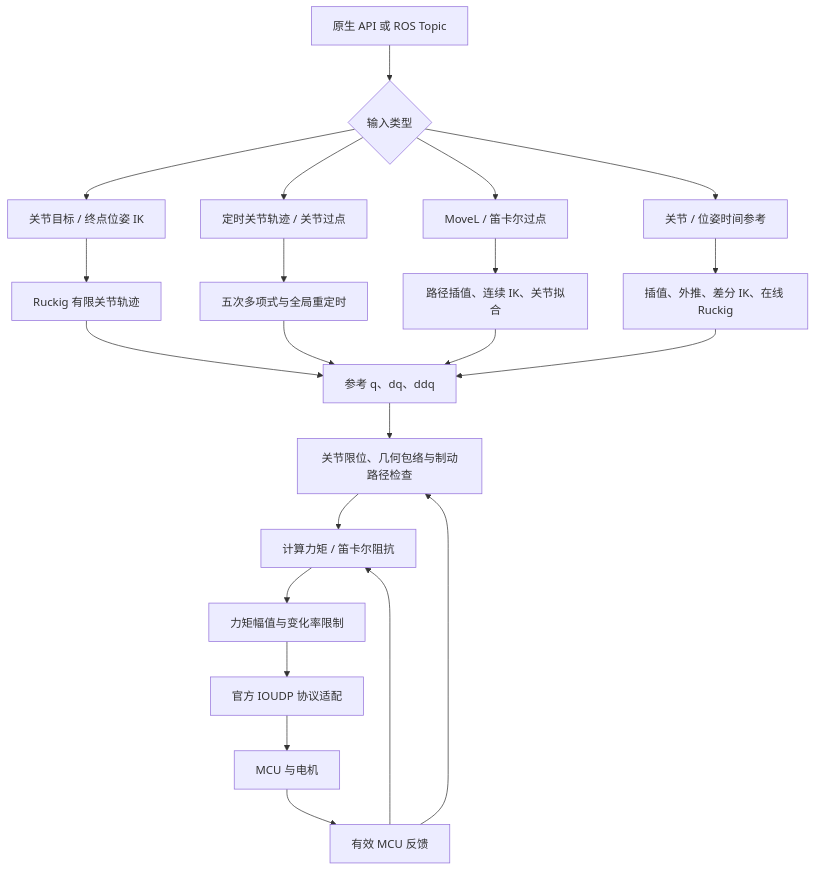
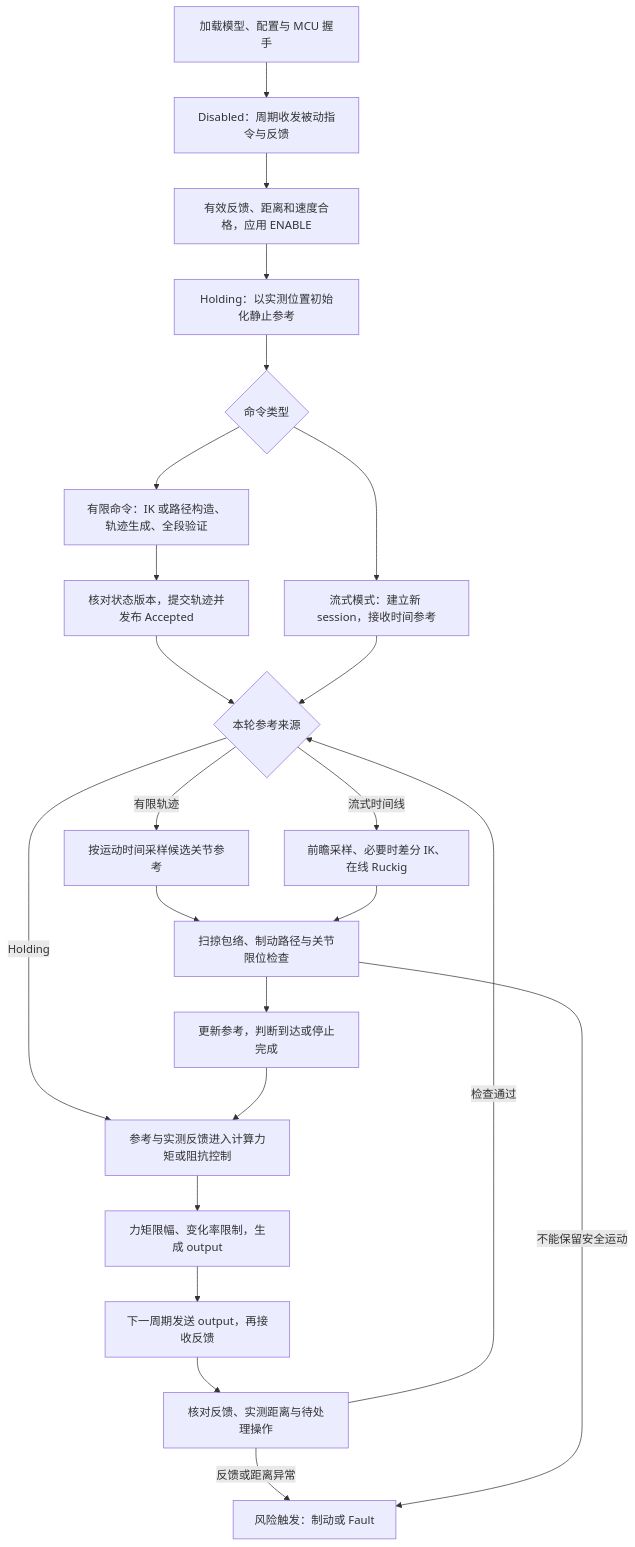
Before and after one commit to windiff886/Z1-Dingo-Robot: the first of 2 diagrams in src/z1_ros/SDK_ALGORITHMS.md, drawn with Mermaid. The commit also changed other lines of this file and 22 other files, not shown here.

````diff
--- a/src/z1_ros/SDK_ALGORITHMS.md
+++ b/src/z1_ros/SDK_ALGORITHMS.md
@@ -34,24 +32,25 @@
 ```mermaid
 flowchart TD
-    A[原生 API 或 ROS Topic] --> B{输入类型}
-    B --> C[关节目标 / 终点位姿 IK]
-    C --> D[Ruckig 有限关节轨迹]
-    B --> E[定时关节轨迹 / 关节过点]
-    E --> F[五次多项式与全局重定时]
-    B --> G[MoveL / 笛卡尔过点]
-    G --> H[路径插值、连续 IK、关节拟合]
-    B --> I[关节 / 位姿时间参考]
-    I --> J[插值、外推、差分 IK、在线 Ruckig]
-    D --> K[参考 q、dq、ddq]
-    F --> K
-    H --> K
+    A[加载模型、配置与 MCU 握手] --> B[Disabled：周期收发被动指令与反馈]
+    B --> C[有效反馈、距离和速度合格，应用 ENABLE]
+    C --> D[Holding：以实测位置初始化静止参考]
+    D --> E{命令类型}
+    E --> F[有限命令：IK 或路径构造、轨迹生成、全段验证]
+    F --> G[核对状态版本，提交轨迹并发布 Accepted]
+    E --> H[流式模式：建立新 session，接收时间参考]
+    G --> S{本轮参考来源}
+    H --> S
+    S -->|有限轨迹| I[按运动时间采样候选关节参考]
+    S -->|流式时间线| J[前瞻采样、必要时差分 IK、在线 Ruckig]
+    S -->|Holding| M
+    I --> K[扫掠包络、制动路径与关节限位检查]
     J --> K
-    K --> L[关节限位、几何包络与制动路径检查]
-    L --> M[计算力矩 / 笛卡尔阻抗]
-    N[有效 MCU 反馈] --> M
-    N --> L
-    M --> O[力矩幅值与变化率限制]
-    O --> P[官方 IOUDP 协议适配]
-    P --> Q[MCU 与电机]
-    Q --> N
+    K --> L[更新参考，判断到达或停止完成]
+    L --> M[参考与实测反馈进入计算力矩或阻抗控制]
+    M --> N[力矩限幅、变化率限制，生成 output]
+    N --> O[下一周期发送 output，再接收反馈]
+    O --> R[核对反馈、实测距离与待处理操作]
+    R -->|检查通过| S
+    R -->|反馈或距离异常| P
+    K -->|不能保留安全运动| P[风险触发：制动或 Fault]
 ```
````
